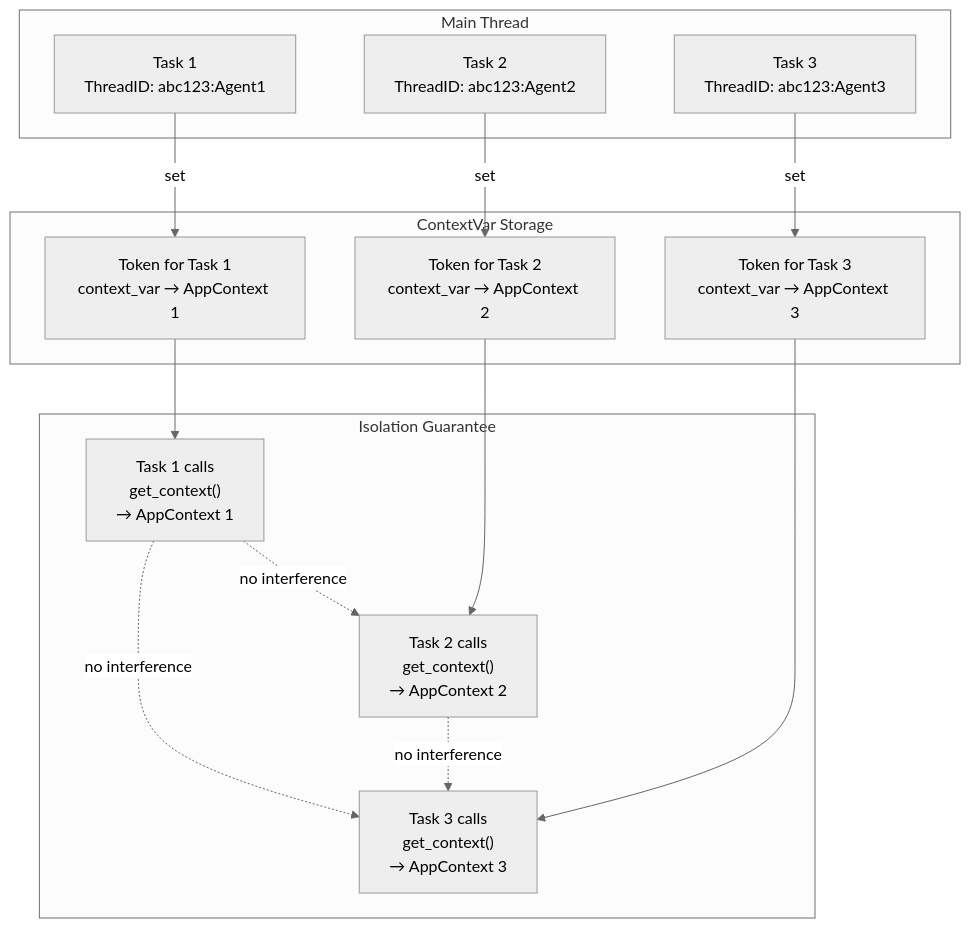
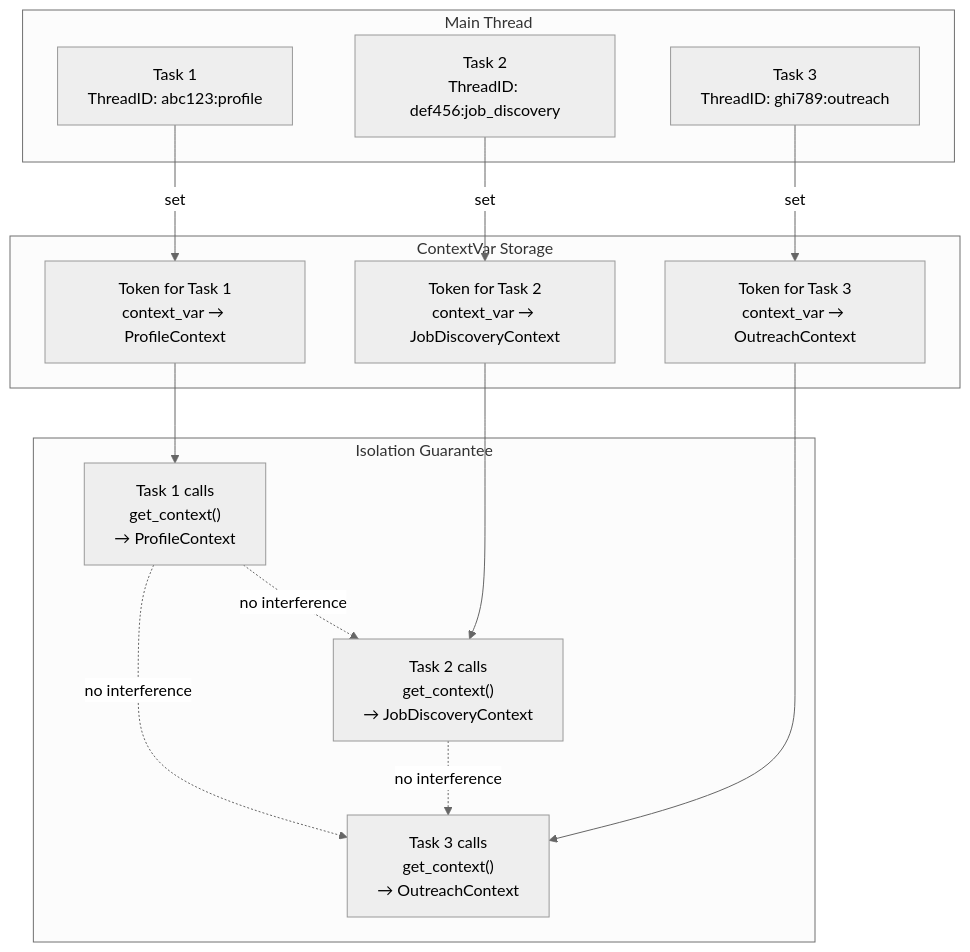
Before and after one commit to savipk/autochat: the fourth of 7 diagrams in docs/architecture/07-state-management.md, drawn with Mermaid (neutral theme). The commit also changed other lines of this file and 27 other files, not shown here.

Commit message:
modify profile agent

````diff
--- a/docs/architecture/07-state-management.md
+++ b/docs/architecture/07-state-management.md
@@ -156,32 +166,32 @@
 ```mermaid
 graph TB
     subgraph Main["Main Thread"]
-        Task1["Task 1<br/>ThreadID: abc123:Agent1"]
-        Task2["Task 2<br/>ThreadID: abc123:Agent2"]
-        Task3["Task 3<br/>ThreadID: abc123:Agent3"]
+        Task1["Task 1<br/>ThreadID: abc123:profile"]
+        Task2["Task 2<br/>ThreadID: def456:job_discovery"]
+        Task3["Task 3<br/>ThreadID: ghi789:outreach"]
     end
 
     subgraph ContextVars["ContextVar Storage"]
-        CV1["Token for Task 1<br/>context_var → AppContext 1"]
-        CV2["Token for Task 2<br/>context_var → AppContext 2"]
-        CV3["Token for Task 3<br/>context_var → AppContext 3"]
+        CV1["Token for Task 1<br/>context_var → ProfileContext"]
+        CV2["Token for Task 2<br/>context_var → JobDiscoveryContext"]
+        CV3["Token for Task 3<br/>context_var → OutreachContext"]
     end
 
     subgraph Isolation["Isolation Guarantee"]
-        I1["Task 1 calls<br/>get_context()<br/>→ AppContext 1"]
-        I2["Task 2 calls<br/>get_context()<br/>→ AppContext 2"]
-        I3["Task 3 calls<br/>get_context()<br/>→ AppContext 3"]
+        I1["Task 1 calls<br/>get_context()<br/>→ ProfileContext"]
+        I2["Task 2 calls<br/>get_context()<br/>→ JobDiscoveryContext"]
+        I3["Task 3 calls<br/>get_context()<br/>→ OutreachContext"]
     end
 
     Task1 -->|set| CV1
     Task2 -->|set| CV2
     Task3 -->|set| CV3
 
     CV1 --> I1
     CV2 --> I2
     CV3 --> I3
 
     I1 -.->|no interference| I2
     I1 -.->|no interference| I3
     I2 -.->|no interference| I3
 ```
````
